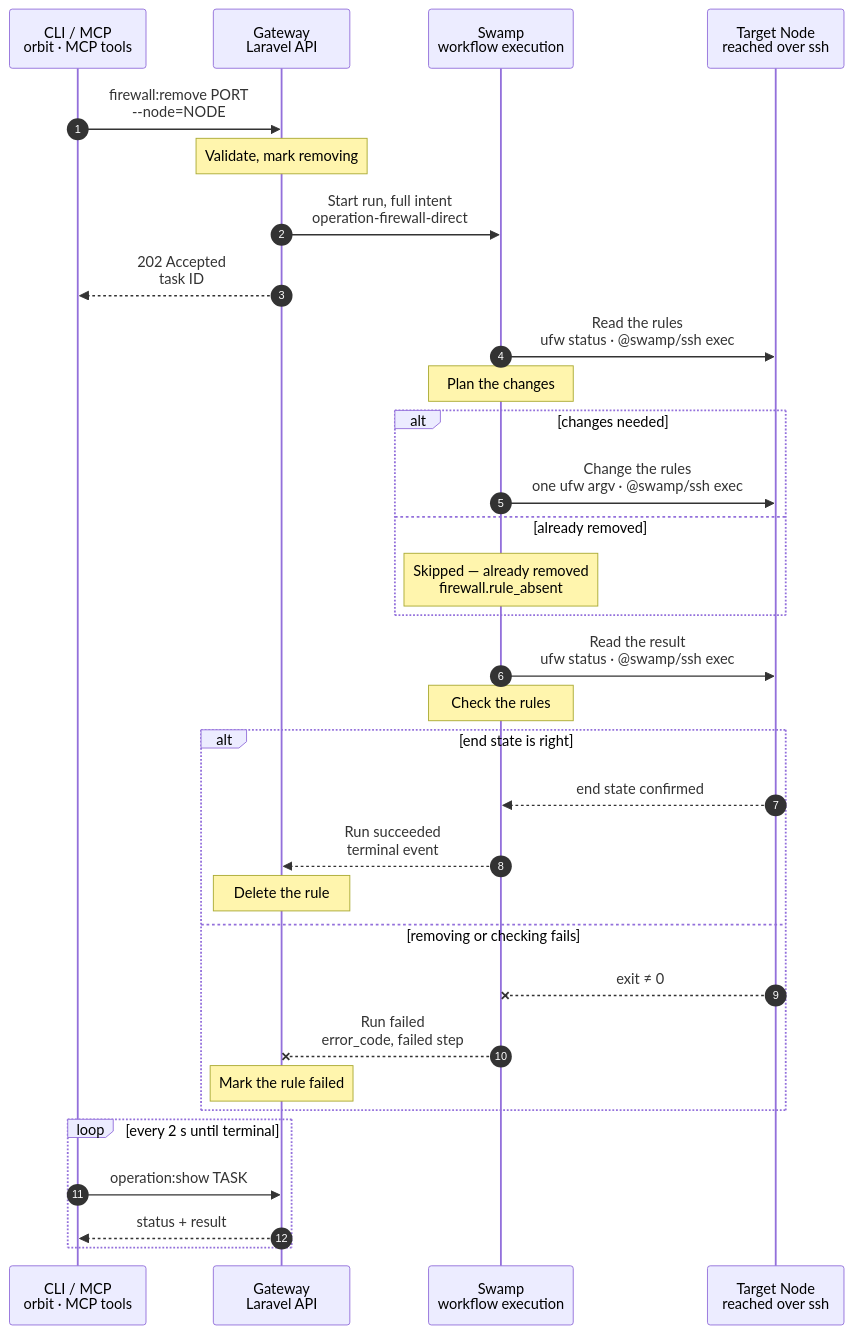
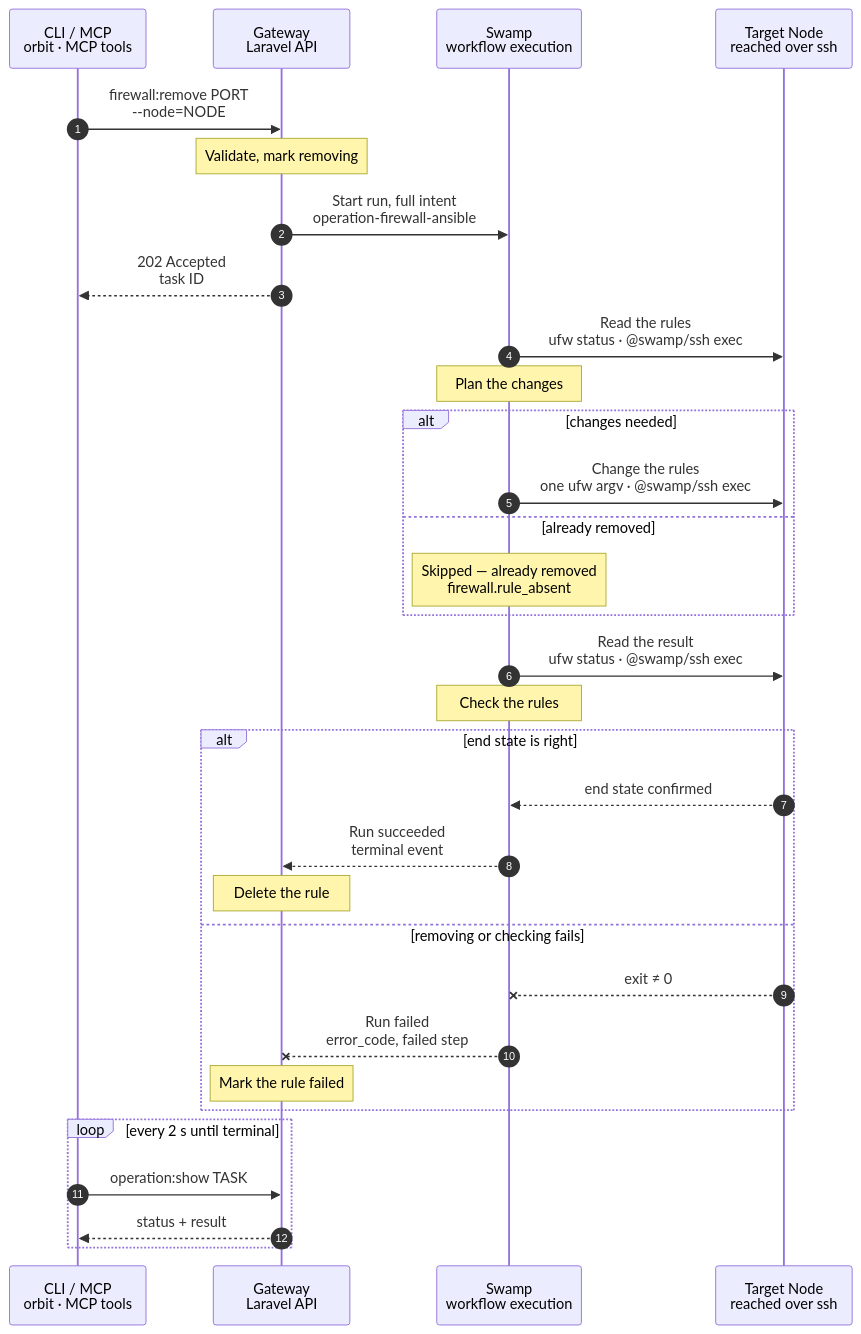
Before and after one commit to hardimpactdev/orbit: the diagram in docs/cli/firewall/remove.mmd, drawn with Mermaid. The commit also changed 9 other files, not shown here.

First line of the commit message:
spike(firewall): firewall:allow as one Ansible phase

```diff
--- a/docs/cli/firewall/remove.mmd
+++ b/docs/cli/firewall/remove.mmd
@@ -1,118 +1,118 @@
 sequenceDiagram
   %% Target design: ADR 0244 task, ADR 0241 allowlists, DECISIONS R1-R4 + 5 (process.stop shape, shared SSH identity). Same shape as firewall.allow.
   %% Tightened: flow-tighten 2026-11-03, rule 22 (no script: one ufw argv per change over @swamp/ssh exec; a typed step plans positions, Lab #4334).
   %% status: reviewed
   %% command: firewall:remove
   %% kind: firewall.remove
   autonumber
   %% lane CLI icon=terminal pill=caller tone=gray
   %% lane GW icon=gateway pill=intent tone=blue
   %% lane SW icon=workflow pill=executes tone=green
   %% lane N icon=server pill=target tone=amber
   participant CLI as CLI / MCP<br/>orbit · MCP tools
   participant GW as Gateway<br/>Laravel API
   participant SW as Swamp<br/>workflow execution
   participant N as Target Node<br/>reached over ssh
   CLI->>GW: firewall:remove PORT<br/>--node=NODE
   %%> Command:
   %%> - `orbit firewall:remove PORT --node=NODE`
   %%> - syntax: `<port> --node=ID [--from=SOURCE] [--protocol=tcp|udp]`
   %%> Input:
   %%> - the destination port or port range of the rule, and the Node
   %%> - optionally the source and the protocol, to pick one rule when several share the port
   %%> Confirmation:
   %%> - the CLI asks before removal; `--yes` confirms without a prompt
   %%> Who can call it:
   %%> - the `orbit` CLI and the MCP tool send the same request
   Note over GW: Validate, mark removing
   %%> Requirements:
   %%> - the calling Node has an access grant to the target Node
   %%> - the target is an active Linux Node
   %%> - exactly one rule on the target matches the port, source and protocol: none is `firewall.rule_not_found`, several is `firewall.rule_ambiguous` and lists each match
   %%> - no other firewall change runs on the target; the Gateway holds one lock per Node
   %%> Works out what to keep:
   %%> - a ufw line that another rule, or a rule Orbit itself needs, also uses stays on the Node
   %%> - only lines that belong to this rule alone are removed
   %%> Result:
   %%> - the rule is recorded as removing
   %%> - a task is recorded with the full intent
   %%> - nothing has happened on the Node yet
-  GW->>SW: Start run, full intent<br/>operation-firewall-direct
+  GW->>SW: Start run, full intent<br/>operation-firewall-ansible
   %%> What it does:
   %%> - starts one Swamp run
   %%> Inputs:
   %%> - the ufw lines to remove, and the lines that must stay
   %%> - the target's address and SSH host keys; the SSH identity comes from the `swamp` role
   GW-->>CLI: 202 Accepted<br/>task ID
   %%> What you get:
   %%> - the task ID, at once
   %%> Next:
   %%> - the CLI follows the task with `operation:show`
   SW->>N: Read the rules<br/>ufw status · @swamp/ssh exec
   %%> How:
   %%> - a Swamp worker reaches the target over SSH with the official `@swamp/ssh` behavior
   %%> - refuses an inactive firewall (`firewall.backend_inactive`) before any change
   Note over SW: Plan the changes
   %%> What it does:
   %%> - turns the rule into one ufw delete command per protocol and address family
   %%> - skips a line that is already gone and a line that must stay
   %%> - plans no changes when no line is left to delete
   %%> Why typed, not cfgmgmt:
   %%> - `@swamp/cfgmgmt/firewall` cannot name a port range
   alt changes needed
     SW->>N: Change the rules<br/>one ufw argv · @swamp/ssh exec
     %%> What it does:
     %%> - deletes each line that belongs to this rule alone; a line that is already gone is skipped
     %%> - a line that a role also needs (`retain`) stays
     %%> - runs the planned commands one at a time; nothing is copied to the Node
   else already removed
     Note over SW: Skipped — already removed<br/>firewall.rule_absent
     %%> Result:
     %%> - the plan contains no changes
     %%> - the final read and check still run before the task can succeed
   end
   SW->>N: Read the result<br/>ufw status · @swamp/ssh exec
   Note over SW: Check the rules
   %%> What it does:
   %%> - checks every removed line is gone, and retained lines are still there
   %%> - prints the public result; a line that ufw changed in between fails the check, and a rerun repairs it
   %%> Why:
   %%> - the rule only counts as removed when ufw shows it
   alt end state is right
     N-->>SW: end state confirmed
     %%> Returns:
     %%> - the check passed
     SW-->>GW: Run succeeded<br/>terminal event
     %%> How the Gateway learns it:
     %%> - its shared run reader sees the terminal event; Swamp never calls the Gateway
     Note over GW: Delete the rule
     %%> Result:
     %%> - the rule record is deleted from the Gateway
     %%> - the task succeeds
     %%> - if no changes were needed, reports `Skipped — already removed (firewall.rule_absent)`
     %%> - the skip reason is part of the successful result in human and machine output, not an error
   else removing or checking fails
     N--xSW: exit ≠ 0
     %%> When:
     %%> - ufw refuses the change, SSH fails, or the end state is wrong
     SW--xGW: Run failed<br/>error_code, failed step
     %%> The Gateway reads:
     %%> - which step failed and its error code
     Note over GW: Mark the rule failed
     %%> Result:
     %%> - the rule stays, marked failed, so you can see it
     %%> - the task fails
     %%> On the Node:
     %%> - lines removed before the failure stay removed; there is no rollback
     %%> - that is safe: the rule stays marked failed, and a rerun skips lines that are already gone
     %%> Retry:
     %%> - run the same command again after fixing the cause; it is a new task
   end
   loop every 2 s until terminal
     CLI->>GW: operation:show TASK
     %%> What it does:
     %%> - asks for the task's status every 2 seconds until it has ended
     GW-->>CLI: status + result
     %%> Returns:
     %%> - the current status, and the result once the task has ended
   end
```
